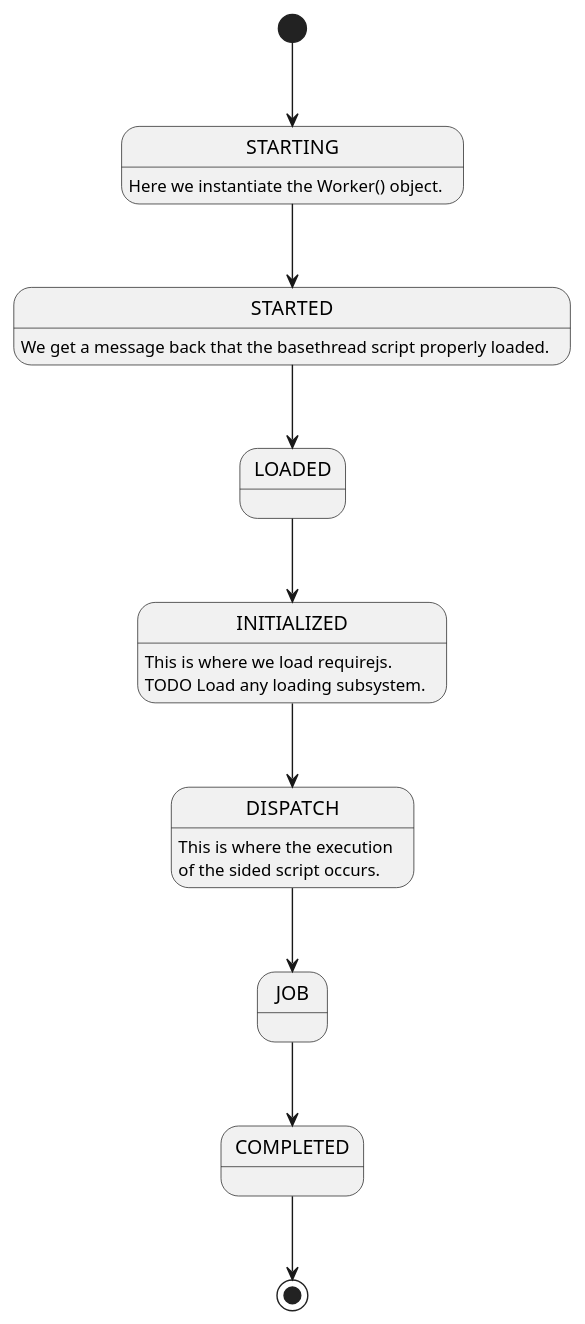
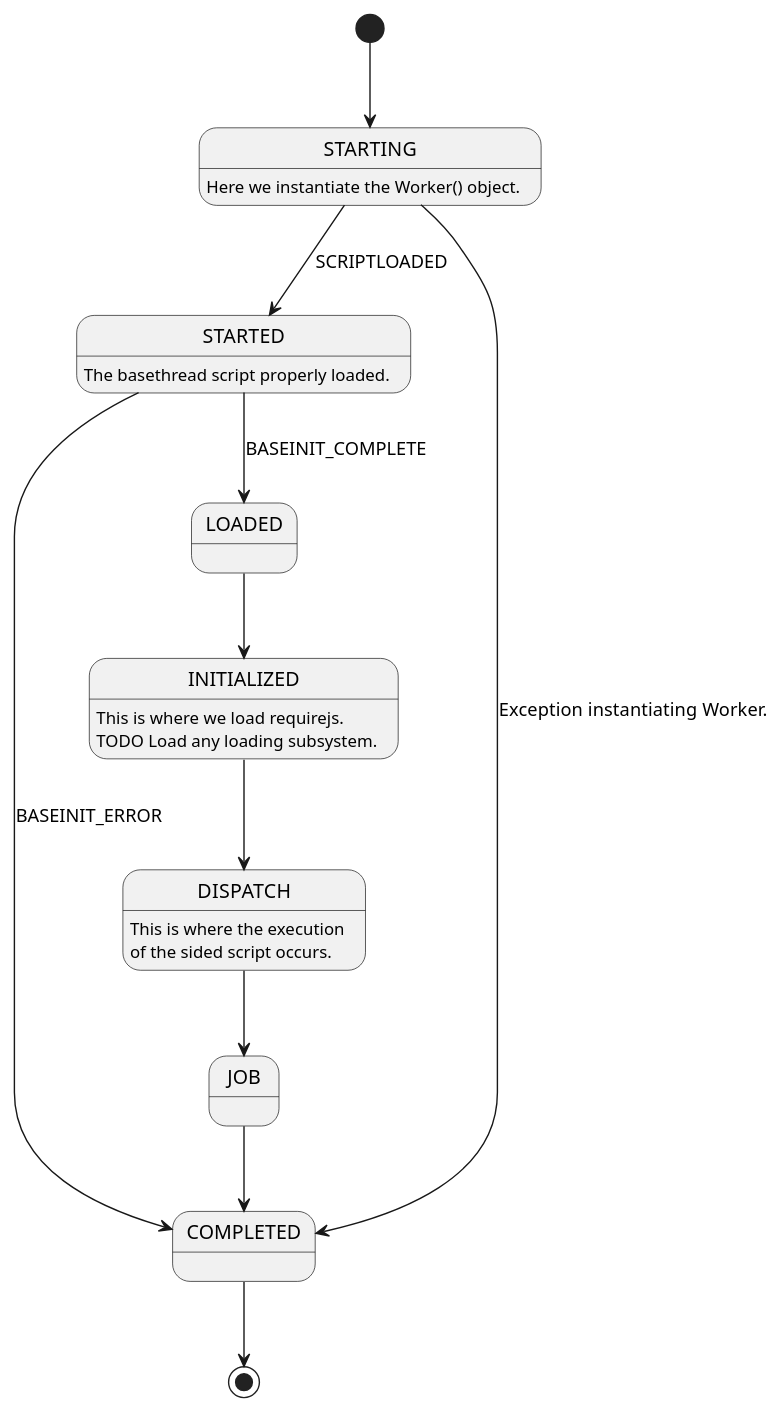
The third of 3 diagrams in README.md (cbuteau/webjobs.es6), drawn with PlantUML before and after one commit. The commit also changed other lines of this file and 3 other files, not shown here.

````diff
--- a/README.md
+++ b/README.md
@@ -48,26 +48,31 @@
 ```plantuml
 @startuml
 
 [*] --> STARTING
-STARTING --> STARTED
+STARTING --> STARTED : SCRIPTLOADED
 STARTING : Here we instantiate the Worker() object.
 
-STARTED --> LOADED
-STARTED : We get a message back that the basethread script properly loaded.
+STARTING --> COMPLETED : Exception instantiating Worker.
+
+STARTED --> LOADED : BASEINIT_COMPLETE
+STARTED : The basethread script properly loaded.
+
+STARTED --> COMPLETED : BASEINIT_ERROR
+
 LOADED --> INITIALIZED
 
 INITIALIZED : This is where we load requirejs.
 INITIALIZED : TODO Load any loading subsystem.
 
 
 INITIALIZED --> DISPATCH
 
 DISPATCH : This is where the execution
 DISPATCH :  of the sided script occurs.
 
 DISPATCH --> JOB
 JOB --> COMPLETED
 COMPLETED --> [*]
 
 @enduml
 ```
````
